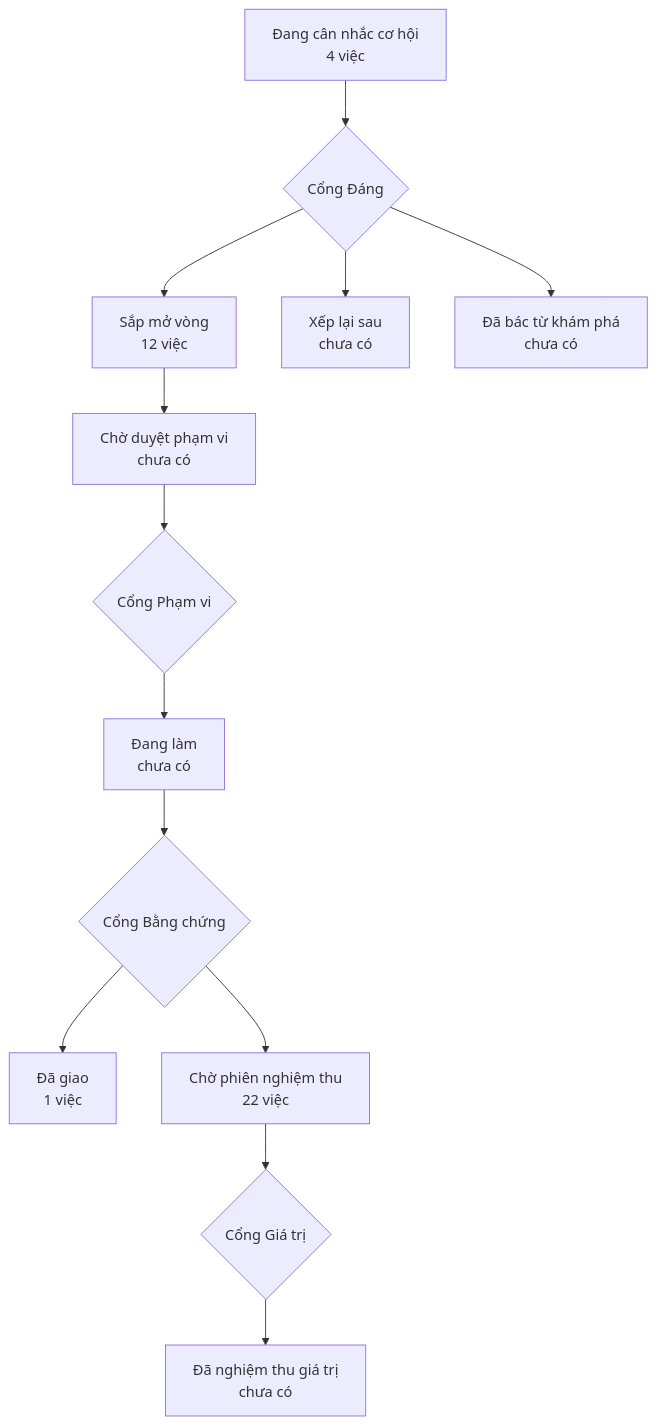
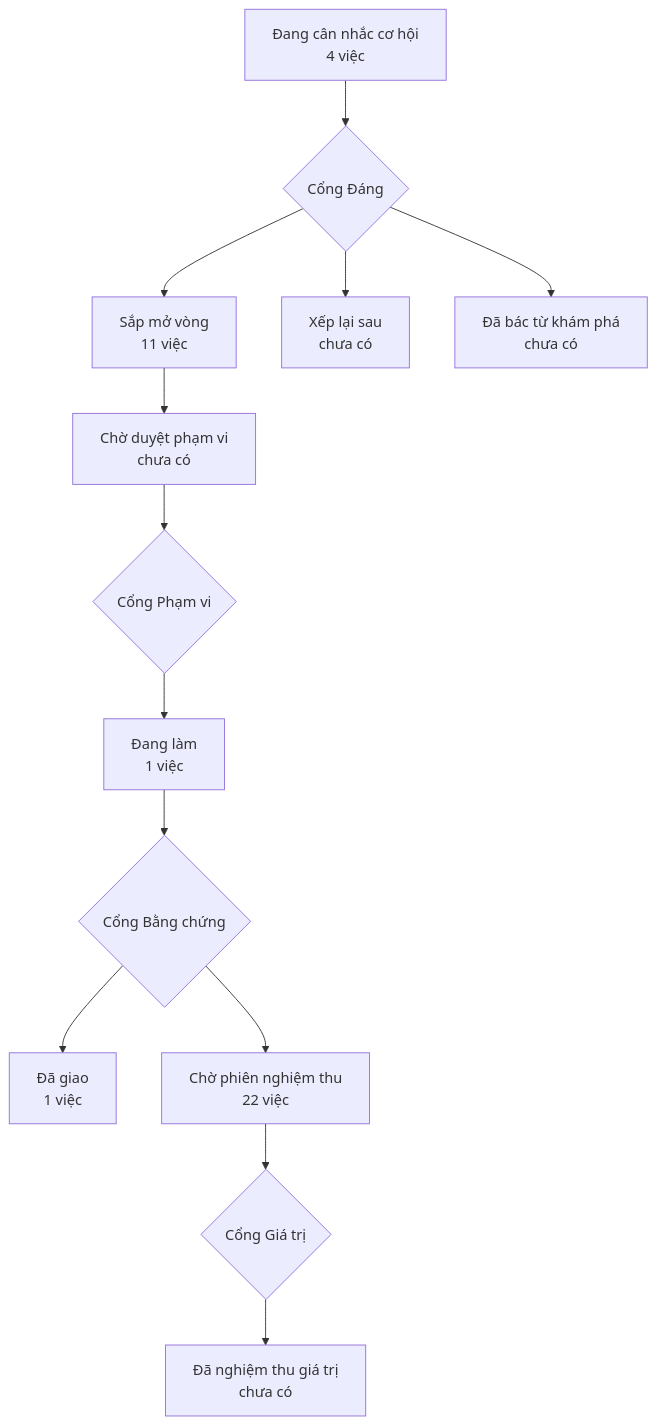
The diagram in PRODUCT-MAP.md (phanlemanh/onehub-inventory), drawn with Mermaid before and after one commit. The commit also changed other lines of this file and 1 other file, not shown here.

Commit message:
chore(plan): regenerate product map and roadmap after row 7b Gate 1

````diff
--- a/PRODUCT-MAP.md
+++ b/PRODUCT-MAP.md
@@ -7,12 +7,12 @@
 ```mermaid
 flowchart TD
   A["Đang cân nhắc cơ hội<br/>4 việc"] --> GD{"Cổng Đáng"}
-  GD --> B["Sắp mở vòng<br/>12 việc"]
+  GD --> B["Sắp mở vòng<br/>11 việc"]
   GD --> XL["Xếp lại sau<br/>chưa có"]
   GD --> DB["Đã bác từ khám phá<br/>chưa có"]
   B --> CD["Chờ duyệt phạm vi<br/>chưa có"] --> GP{"Cổng Phạm vi"}
-  GP --> DL["Đang làm<br/>chưa có"] --> GB{"Cổng Bằng chứng"}
+  GP --> DL["Đang làm<br/>1 việc"] --> GB{"Cổng Bằng chứng"}
   GB --> DG["Đã giao<br/>1 việc"]
   GB --> CN["Chờ phiên nghiệm thu<br/>22 việc"] --> GG{"Cổng Giá trị"}
   GG --> NT["Đã nghiệm thu giá trị<br/>chưa có"]
 ```
````
